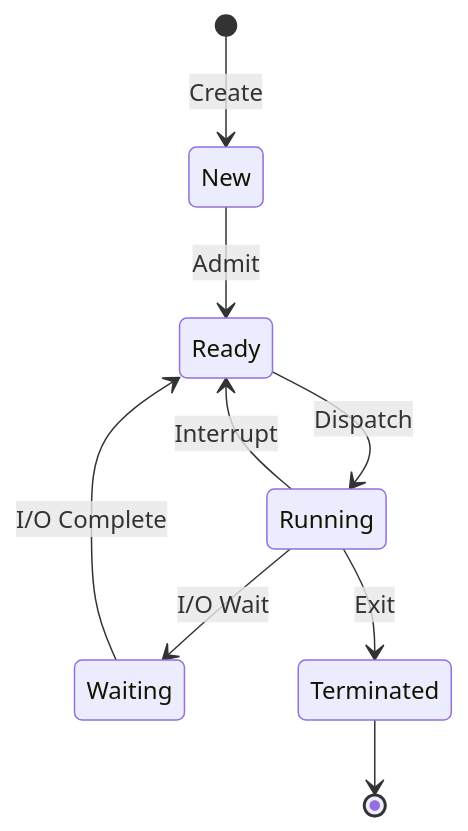
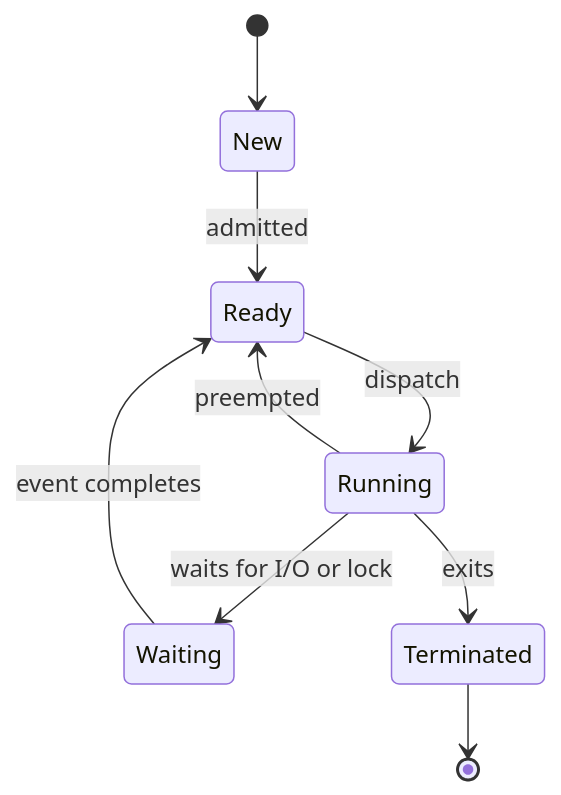
The diagram in content/docs/os/index.md (choisimo/document), drawn with Mermaid before and after one commit. The commit also changed other lines of this file and 432 other files, not shown here.

````diff
--- a/content/docs/os/index.md
+++ b/content/docs/os/index.md
@@ -147,11 +104,11 @@
 ```mermaid
 stateDiagram-v2
-    [*] --> New: Create
-    New --> Ready: Admit
-    Ready --> Running: Dispatch
-    Running --> Ready: Interrupt
-    Running --> Waiting: I/O Wait
-    Waiting --> Ready: I/O Complete
-    Running --> Terminated: Exit
+    [*] --> New
+    New --> Ready: admitted
+    Ready --> Running: dispatch
+    Running --> Ready: preempted
+    Running --> Waiting: waits for I/O or lock
+    Waiting --> Ready: event completes
+    Running --> Terminated: exits
     Terminated --> [*]
 ```
````
